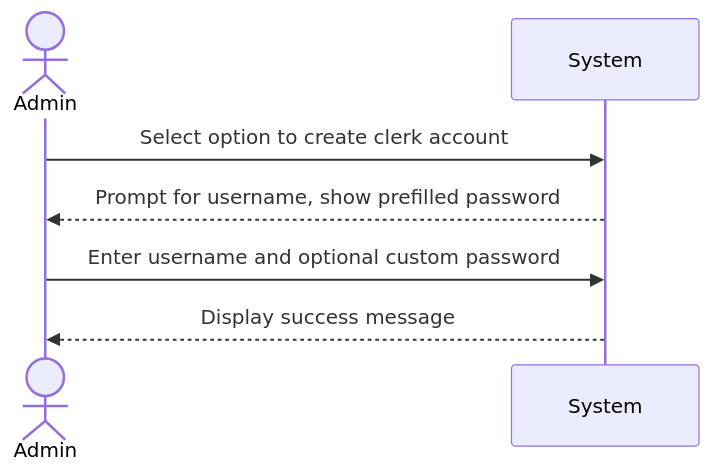
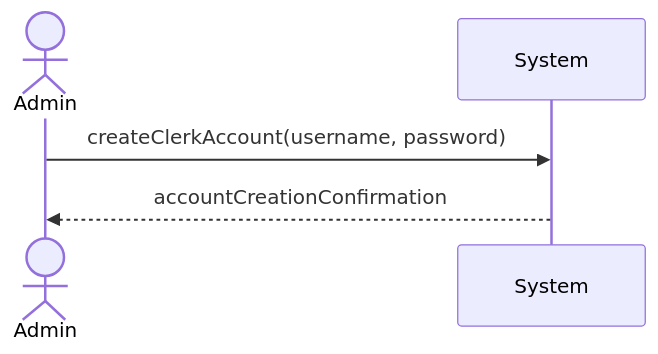
One commit to JaceYar/Software1-Proj changed the diagram in Documentation/User-Cases/CreateHotelClerkAccount.md. Above: the diagram before and after it, drawn with Mermaid. The commit also changed 18 other files, not shown here.

````diff
--- a/Documentation/User-Cases/CreateHotelClerkAccount.md
+++ b/Documentation/User-Cases/CreateHotelClerkAccount.md
@@ -11,10 +11,8 @@
 ```mermaid
 sequenceDiagram
     actor Admin
     participant System
 
-    Admin->>System: Select option to create clerk account
-    System-->>Admin: Prompt for username, show prefilled password
-    Admin->>System: Enter username and optional custom password
-    System-->>Admin: Display success message
+    Admin->>System: createClerkAccount(username, password)
+    System-->>Admin: accountCreationConfirmation
 ```
````
